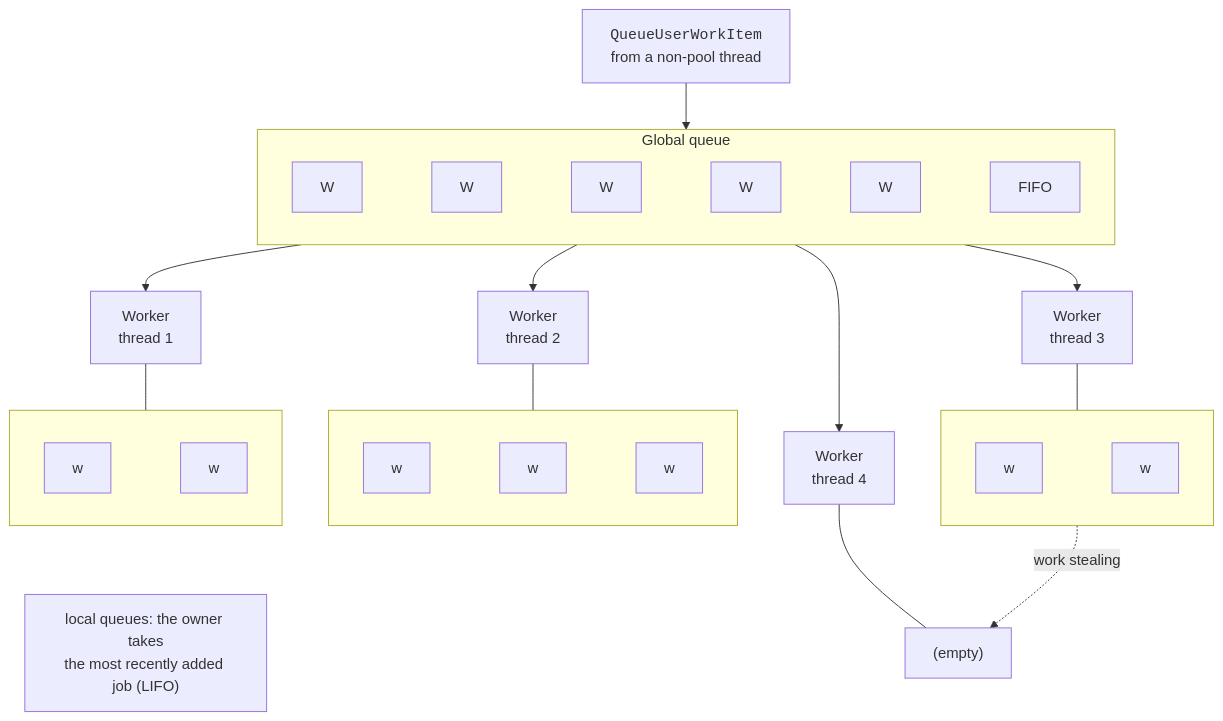
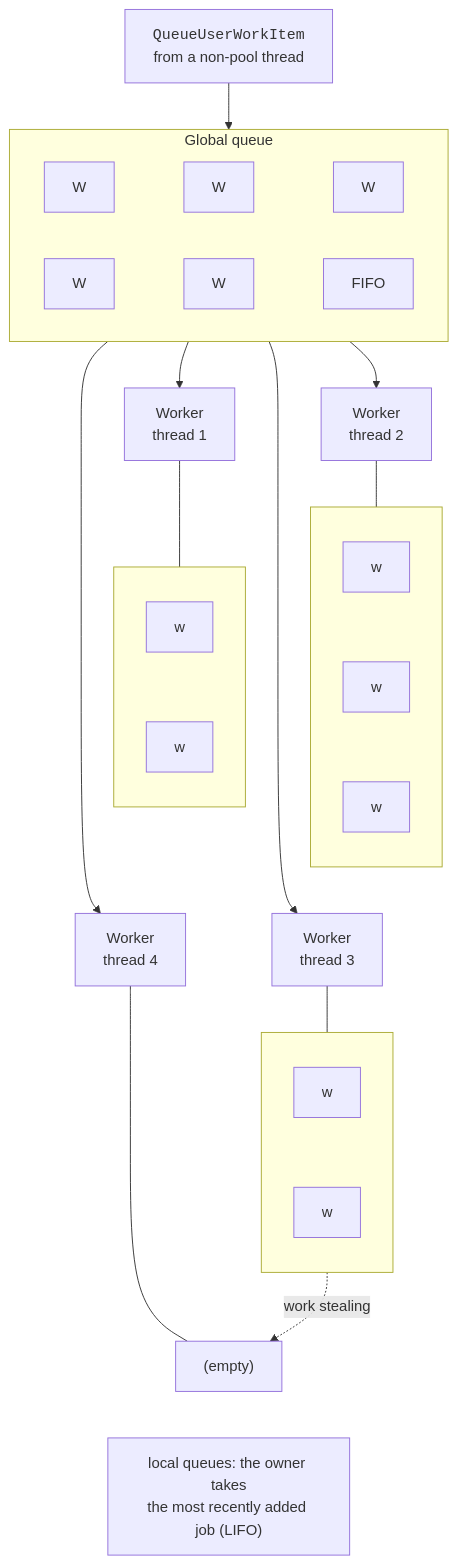
Before and after one commit to musicvano/Blog: the diagram in src/courses/parallel/02-processes-threads/thread-pool.md, drawn with Mermaid. The commit also changed other lines of this file and 583 other files, not shown here.

````diff
--- a/src/courses/parallel/02-processes-threads/thread-pool.md
+++ b/src/courses/parallel/02-processes-threads/thread-pool.md
@@ -26,31 +26,34 @@
 ```mermaid
 flowchart TB
   QU["<code>QueueUserWorkItem</code><br>from a non-pool thread"] --> G
   subgraph G["Global queue"]
     direction LR
-    G1["W"] ~~~ G2["W"] ~~~ G3["W"] ~~~ G4["W"] ~~~ G5["W"] ~~~ GF["FIFO"]
+    G1["W"] ~~~ G2["W"] ~~~ G3["W"]
+    G4["W"] ~~~ G5["W"] ~~~ GF["FIFO"]
+  end
+  subgraph L1[" "]
+    direction TB
+    L1A["w"] ~~~ L1B["w"]
+  end
+  subgraph L2[" "]
+    direction TB
+    L2A["w"] ~~~ L2B["w"] ~~~ L2C["w"]
+  end
+  subgraph L3[" "]
+    direction TB
+    L3A["w"] ~~~ L3B["w"]
   end
   G --> W1["Worker<br>thread 1"]
   G --> W2["Worker<br>thread 2"]
   G --> W3["Worker<br>thread 3"]
   G --> W4["Worker<br>thread 4"]
   W1 --- L1
   W2 --- L2
   W3 --- L3
   W4 --- L4
-  subgraph L1[" "]
-    direction LR
-    L1A["w"] ~~~ L1B["w"]
-  end
-  subgraph L2[" "]
-    direction LR
-    L2A["w"] ~~~ L2B["w"] ~~~ L2C["w"]
-  end
-  subgraph L3[" "]
-    direction LR
-    L3A["w"] ~~~ L3B["w"]
-  end
+  L1 ~~~ W4
+  L2 ~~~ W3
   L4["(empty)"]
   L3 -.->|"work stealing"| L4
-  L1 ~~~ NOTE["local queues: the owner takes<br>the most recently added job (LIFO)"]
+  L4 ~~~ NOTE["local queues: the owner takes<br>the most recently added job (LIFO)"]
 ```
````
